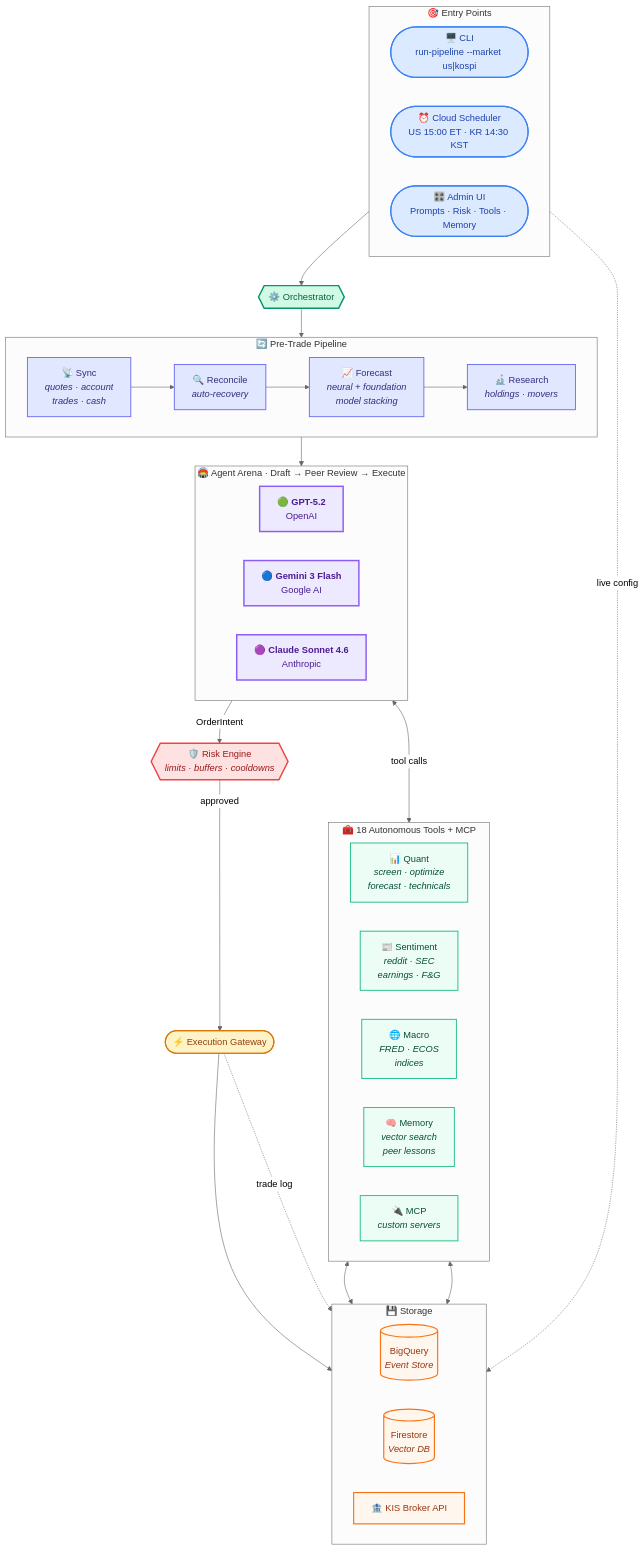
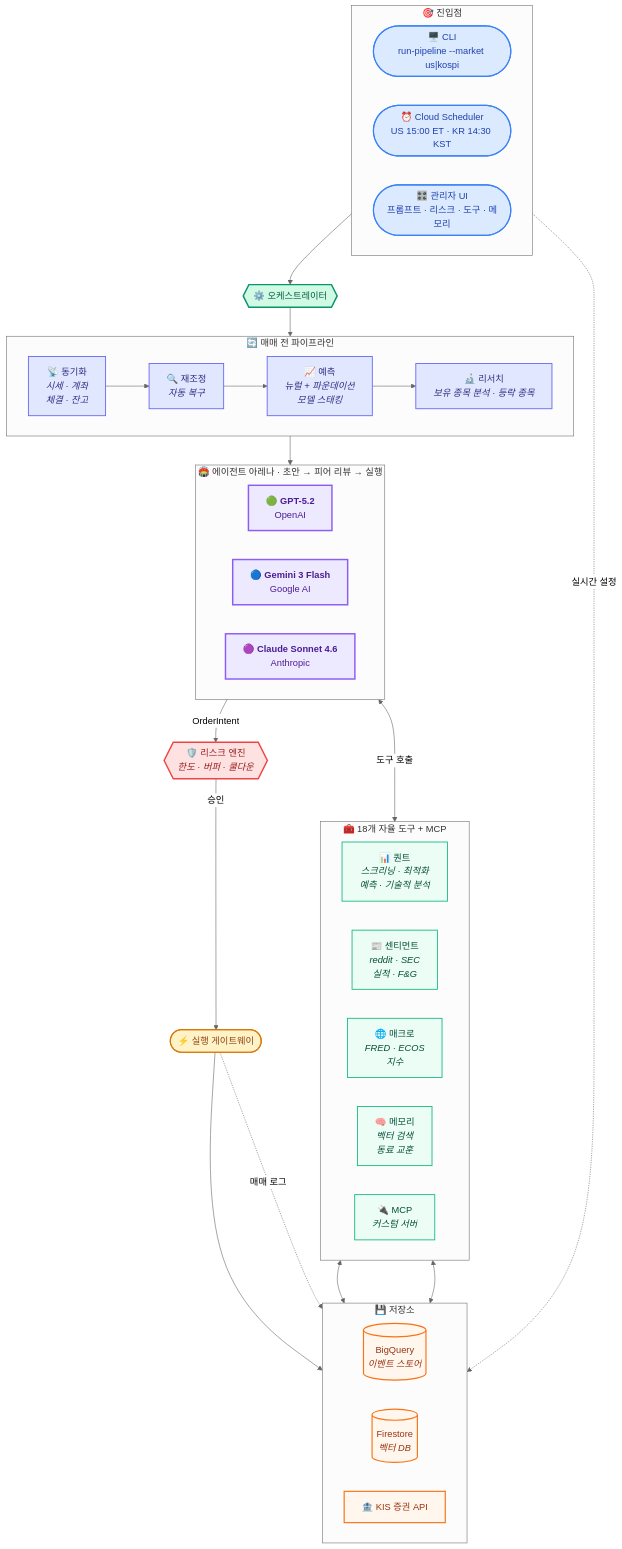
One commit to midnightnnn/llm_invest changed the first of 3 diagrams in README.md. Above: the diagram before and after it, drawn with Mermaid (neutral theme). The commit also changed other lines of this file and 9 other files, not shown here.

````diff
--- a/README.md
+++ b/README.md
@@ -95,81 +152,72 @@
 ```mermaid
 flowchart TB
-    %% ─── Entry Points ───
-    subgraph ENTRY[" 🎯 Entry Points "]
+    subgraph ENTRY[" 🎯 진입점 "]
         direction LR
         CLI(["🖥️ CLI<br>run-pipeline --market us|kospi"])
         SCHED(["⏰ Cloud Scheduler<br>US 15:00 ET · KR 14:30 KST"])
-        ADMIN(["🎛️ Admin UI<br>Prompts · Risk · Tools · Memory"])
+        ADMIN(["🎛️ 관리자 UI<br>프롬프트 · 리스크 · 도구 · 메모리"])
     end
 
-    %% ─── Orchestrator ───
-    ORCH{{"⚙️ Orchestrator"}}
+    ORCH{{"⚙️ 오케스트레이터"}}
 
-    %% ─── Pre-Trade Pipeline ───
-    subgraph PIPELINE[" 🔄 Pre-Trade Pipeline "]
+    subgraph PIPELINE[" 🔄 매매 전 파이프라인 "]
         direction LR
-        SYNC["📡 Sync<br><i>quotes · account<br>trades · cash</i>"]
-        RECON["🔍 Reconcile<br><i>auto-recovery</i>"]
-        FCAST["📈 Forecast<br><i>neural + foundation<br>model stacking</i>"]
-        RSRCH["🔬 Research<br><i>holdings · movers</i>"]
+        SYNC["📡 동기화<br><i>시세 · 계좌<br>체결 · 잔고</i>"]
+        RECON["🔍 재조정<br><i>자동 복구</i>"]
+        FCAST["📈 예측<br><i>뉴럴 + 파운데이션<br>모델 스태킹</i>"]
+        RSRCH["🔬 리서치<br><i>보유 종목 분석 · 등락 종목</i>"]
         SYNC --> RECON --> FCAST --> RSRCH
     end
 
-    %% ─── Agent Arena ───
-    subgraph ARENA[" 🏟️ Agent Arena · Draft → Peer Review → Execute "]
+    subgraph ARENA[" 🏟️ 에이전트 아레나 · 초안 → 피어 리뷰 → 실행 "]
         direction LR
         GPT["🟢 <b>GPT-5.2</b><br>OpenAI"]
         GEM["🔵 <b>Gemini 3 Flash</b><br>Google AI"]
         CLD["🟣 <b>Claude Sonnet 4.6</b><br>Anthropic"]
     end
 
-    %% ─── Tool Layer ───
-    subgraph TOOLS[" 🧰 18 Autonomous Tools + MCP "]
+    subgraph TOOLS[" 🧰 18개 자율 도구 + MCP "]
         direction LR
-        TQ["📊 Quant<br><i>screen · optimize<br>forecast · technicals</i>"]
-        TS["📰 Sentiment<br><i>reddit · SEC<br>earnings · F&G</i>"]
-        TM["🌐 Macro<br><i>FRED · ECOS<br>indices</i>"]
-        TC["🧠 Memory<br><i>vector search<br>peer lessons</i>"]
-        TMCP["🔌 MCP<br><i>custom servers</i>"]
+        TQ["📊 퀀트<br><i>스크리닝 · 최적화<br>예측 · 기술적 분석</i>"]
+        TS["📰 센티먼트<br><i>reddit · SEC<br>실적 · F&G</i>"]
+        TM["🌐 매크로<br><i>FRED · ECOS<br>지수</i>"]
+        TC["🧠 메모리<br><i>벡터 검색<br>동료 교훈</i>"]
+        TMCP["🔌 MCP<br><i>커스텀 서버</i>"]
     end
 
-    %% ─── Risk & Execution ───
-    RISK{{"🛡️ Risk Engine<br><i>limits · buffers · cooldowns</i>"}}
-    GW(["⚡ Execution Gateway"])
+    RISK{{"🛡️ 리스크 엔진<br><i>한도 · 버퍼 · 쿨다운</i>"}}
+    GW(["⚡ 실행 게이트웨이"])
 
-    %% ─── Storage Layer ───
-    subgraph STORE[" 💾 Storage "]
+    subgraph STORE[" 💾 저장소 "]
         direction LR
-        BQ[("BigQuery<br><i>Event Store</i>")]
-        FS[("Firestore<br><i>Vector DB</i>")]
-        KIS["🏦 KIS Broker API"]
+        BQ[("BigQuery<br><i>이벤트 스토어</i>")]
+        FS[("Firestore<br><i>벡터 DB</i>")]
+        KIS["🏦 KIS 증권 API"]
     end
 
-    %% ─── Flow ───
     ENTRY --> ORCH --> PIPELINE --> ARENA
-    ARENA <-->|"tool calls"| TOOLS
+    ARENA <-->|"도구 호출"| TOOLS
     ARENA -->|"OrderIntent"| RISK
-    RISK -->|"approved"| GW --> KIS
+    RISK -->|"승인"| GW --> KIS
     TOOLS <--> BQ & FS
-    ADMIN -.->|"live config"| BQ
-    GW -.->|"trade log"| BQ
+    ADMIN -.->|"실시간 설정"| BQ
+    GW -.->|"매매 로그"| BQ
 
-    %% ─── Styles ───
     classDef entry fill:#dbeafe,stroke:#3b82f6,stroke-width:2px,color:#1e40af
     classDef orch fill:#d1fae5,stroke:#059669,stroke-width:2.5px,color:#065f46
     classDef pipe fill:#e0e7ff,stroke:#6366f1,stroke-width:1.5px,color:#312e81
     classDef agent fill:#ede9fe,stroke:#8b5cf6,stroke-width:2.5px,color:#4c1d95
     classDef tool fill:#ecfdf5,stroke:#10b981,stroke-width:1.5px,color:#064e3b
     classDef risk fill:#fee2e2,stroke:#ef4444,stroke-width:2.5px,color:#991b1b
     classDef gw fill:#fef3c7,stroke:#d97706,stroke-width:2px,color:#92400e
     classDef store fill:#fff7ed,stroke:#f97316,stroke-width:2px,color:#9a3412
 
     class CLI,SCHED,ADMIN entry
     class ORCH orch
     class SYNC,RECON,FCAST,RSRCH pipe
     class GPT,GEM,CLD agent
     class TQ,TS,TM,TC,TMCP tool
     class RISK risk
     class GW gw
     class BQ,FS,KIS store
 ```
````
